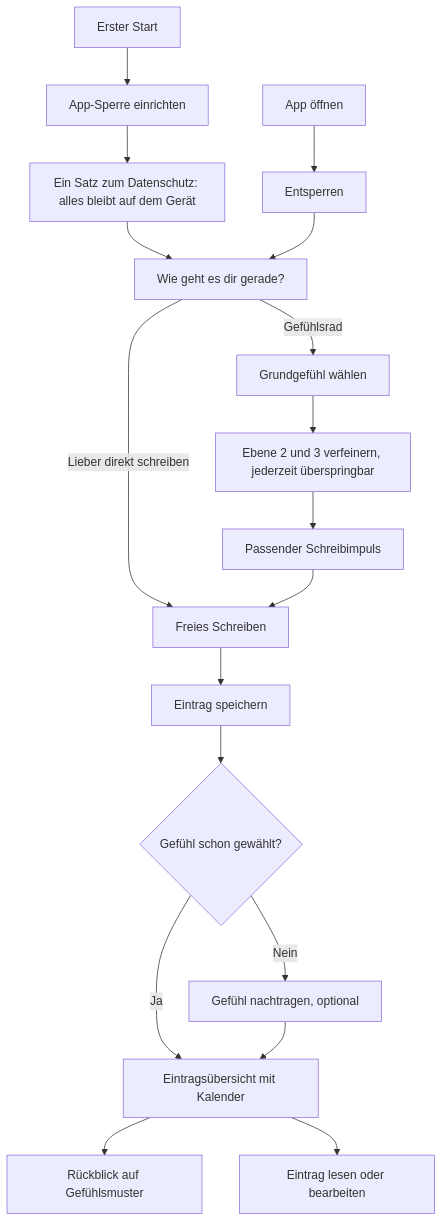
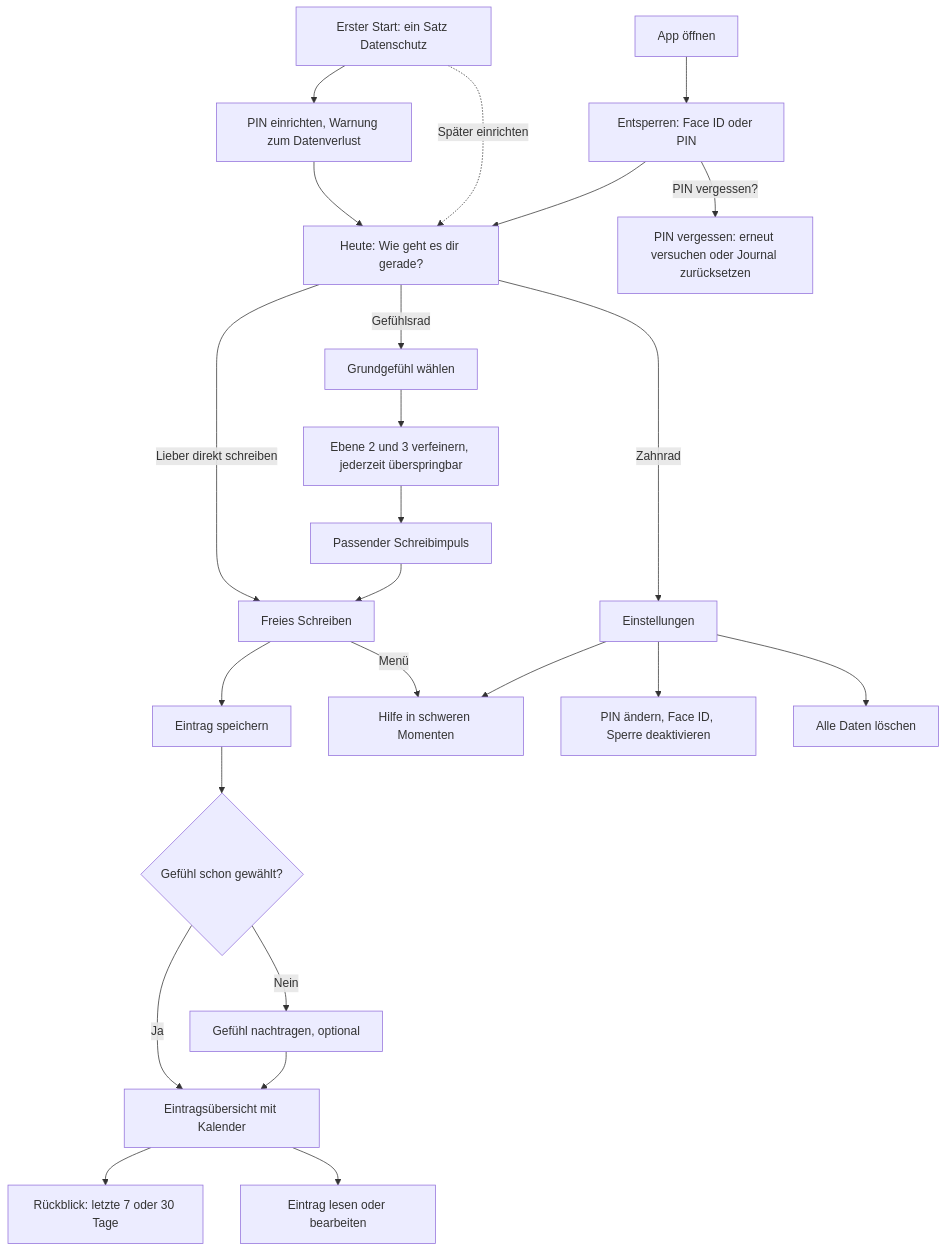
One commit to Oliver19xx/gefuehlsjournal changed the diagram in flows/README.md. Above: the diagram before and after it, drawn with Mermaid. The commit also changed other lines of this file and 3 other files, not shown here.

Commit message:
Flows v0.2: Einstellungen, PIN-Flows, Löschen, Willcox-Rad, Rückblick 7/30 Tage

````diff
--- a/flows/README.md
+++ b/flows/README.md
@@ -7,19 +7,26 @@
 ```mermaid
 flowchart TD
-    A["Erster Start"] --> B["App-Sperre einrichten"]
-    B --> C["Ein Satz zum Datenschutz: alles bleibt auf dem Gerät"]
-    C --> D
-    N["App öffnen"] --> O["Entsperren"] --> D
-    D["Wie geht es dir gerade?"] -->|"Gefühlsrad"| E["Grundgefühl wählen"]
+    A["Erster Start: ein Satz Datenschutz"] --> B["PIN einrichten, Warnung zum Datenverlust"]
+    B --> D
+    A -.->|"Später einrichten"| D
+    N["App öffnen"] --> O["Entsperren: Face ID oder PIN"]
+    O --> D
+    O -->|"PIN vergessen?"| Q["PIN vergessen: erneut versuchen oder Journal zurücksetzen"]
+    D["Heute: Wie geht es dir gerade?"] -->|"Gefühlsrad"| E["Grundgefühl wählen"]
     E --> F["Ebene 2 und 3 verfeinern, jederzeit überspringbar"]
     F --> G["Passender Schreibimpuls"]
     D -->|"Lieber direkt schreiben"| H["Freies Schreiben"]
     G --> H
     H --> I["Eintrag speichern"]
+    H -->|"Menü"| S8["Hilfe in schweren Momenten"]
     I --> J{"Gefühl schon gewählt?"}
     J -->|"Nein"| K["Gefühl nachtragen, optional"]
     J -->|"Ja"| L["Eintragsübersicht mit Kalender"]
     K --> L
-    L --> M["Rückblick auf Gefühlsmuster"]
+    L --> M["Rückblick: letzte 7 oder 30 Tage"]
     L --> P["Eintrag lesen oder bearbeiten"]
+    D -->|"Zahnrad"| S["Einstellungen"]
+    S --> S1["PIN ändern, Face ID, Sperre deaktivieren"]
+    S --> S8
+    S --> S3["Alle Daten löschen"]
 ```
````
